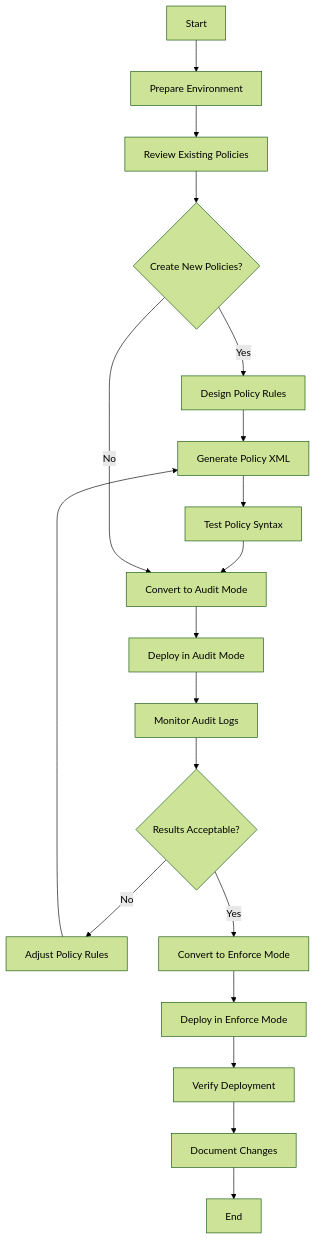
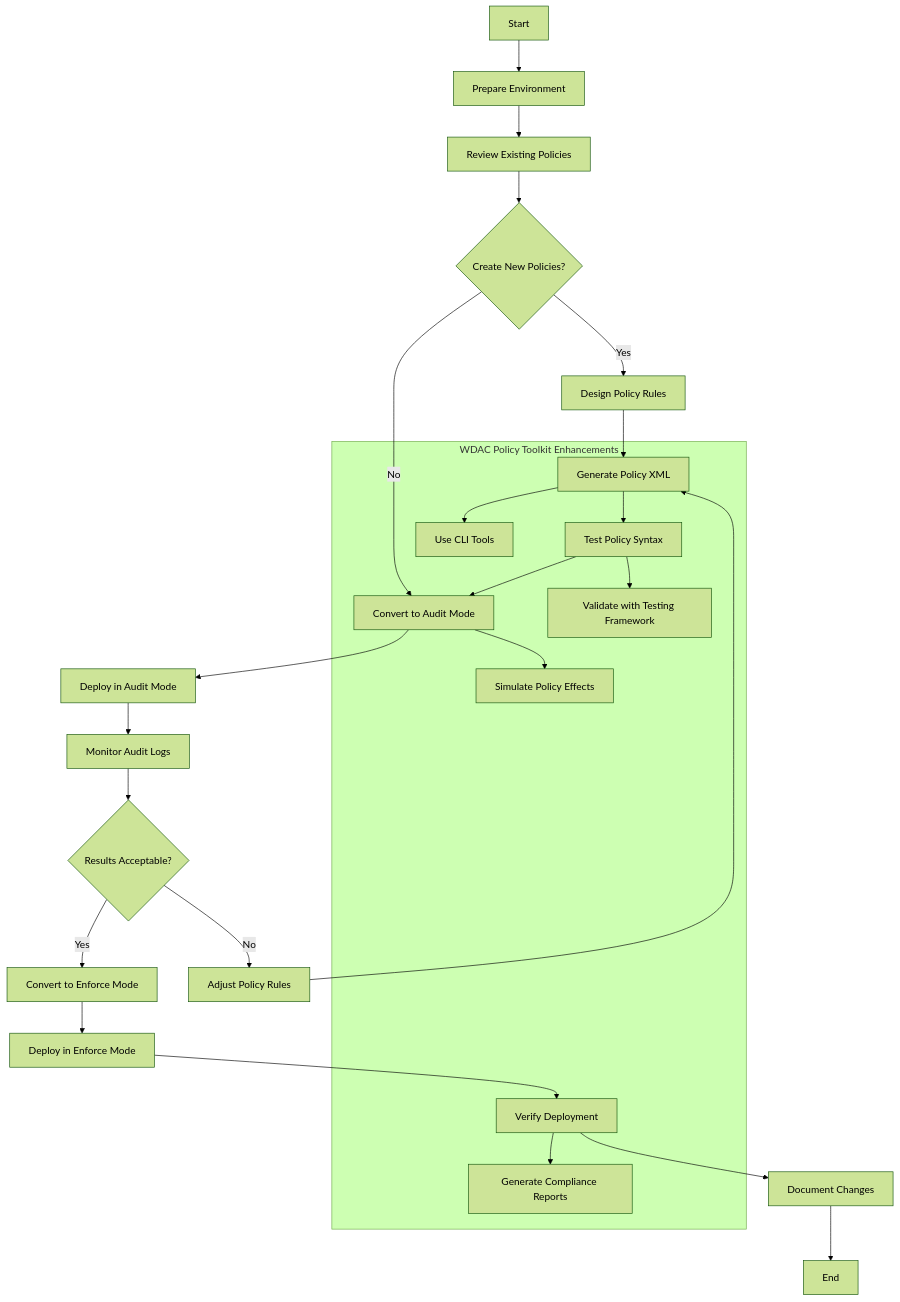
One commit to sakirm-icpl/WDAC-Enterprise-Security changed the diagram in architecture/WDAC_Deployment_Process.md. Above: the diagram before and after it, drawn with Mermaid (forest theme). The commit also changed other lines of this file and 15 other files, not shown here.

````diff
--- a/architecture/WDAC_Deployment_Process.md
+++ b/architecture/WDAC_Deployment_Process.md
@@ -5,22 +5,34 @@
 ```mermaid
 flowchart TD
     A[Start] --> B[Prepare Environment]
     B --> C[Review Existing Policies]
     C --> D{Create New Policies?}
     D -->|Yes| E[Design Policy Rules]
     E --> F[Generate Policy XML]
     F --> G[Test Policy Syntax]
     G --> H[Convert to Audit Mode]
     H --> I[Deploy in Audit Mode]
     I --> J[Monitor Audit Logs]
     J --> K{Results Acceptable?}
     K -->|No| L[Adjust Policy Rules]
     L --> F
     K -->|Yes| M[Convert to Enforce Mode]
     M --> N[Deploy in Enforce Mode]
     N --> O[Verify Deployment]
     O --> P[Document Changes]
     P --> Q[End]
     
     D -->|No| H
+    
+    subgraph "WDAC Policy Toolkit Enhancements"
+        R[Use CLI Tools]
+        S[Validate with Testing Framework]
+        T[Simulate Policy Effects]
+        U[Generate Compliance Reports]
+        
+        F --> R
+        G --> S
+        H --> T
+        O --> U
+    end
 ```
````
